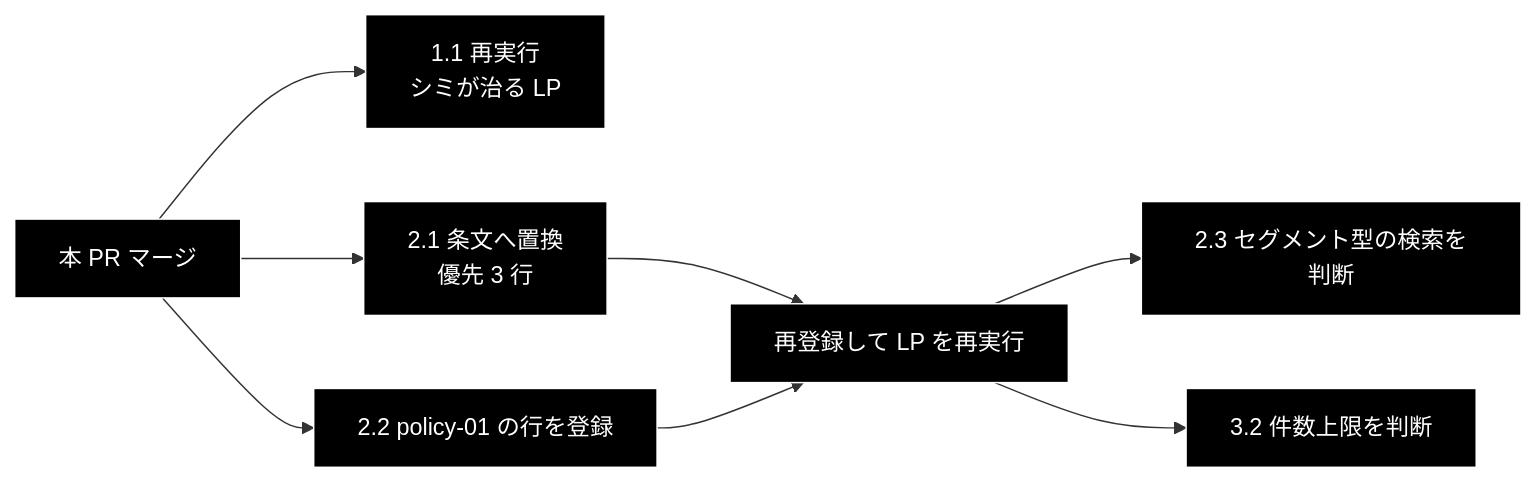
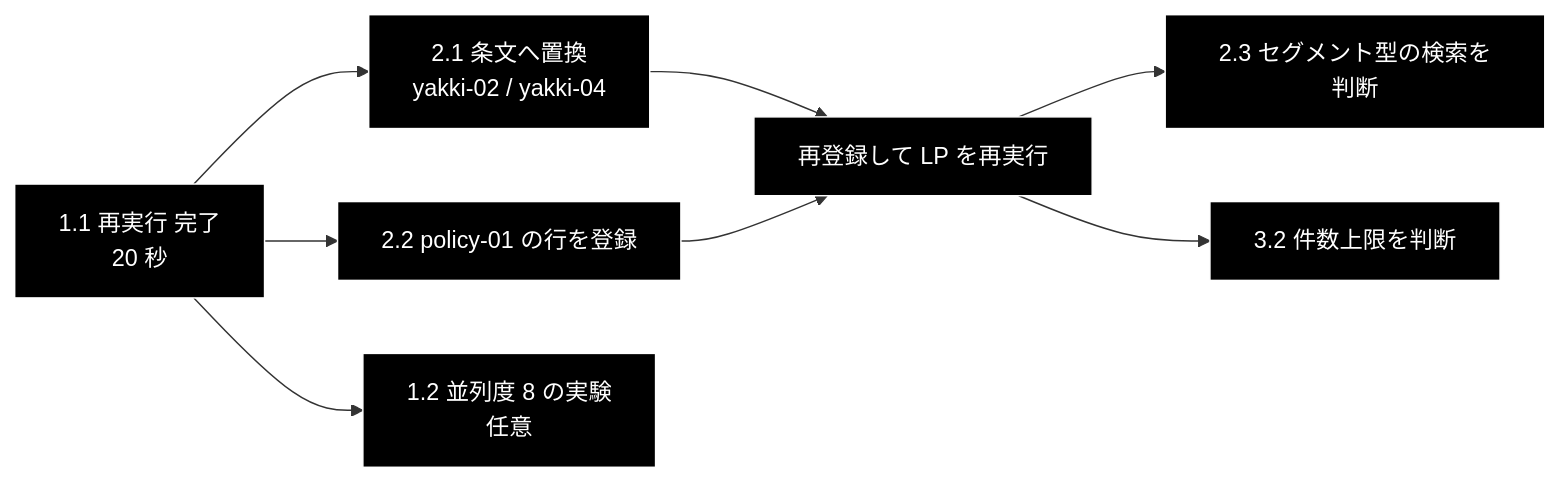
One commit to nakashima2toshio/grace_v2 changed the diagram in docs/review_rag_rules_todo.md. Above: the diagram before and after it, drawn with Mermaid. The commit also changed other lines of this file and 1 other file, not shown here.

````diff
--- a/docs/review_rag_rules_todo.md
+++ b/docs/review_rag_rules_todo.md
@@ -113,13 +120,13 @@
 ```mermaid
 flowchart LR
-    A["本 PR マージ"] --> B["1.1 再実行<br>シミが治る LP"]
-    A --> C["2.1 条文へ置換<br>優先 3 行"]
+    A["1.1 再実行 完了<br>20 秒"] --> C["2.1 条文へ置換<br>yakki-02 / yakki-04"]
     A --> D["2.2 policy-01 の行を登録"]
+    A --> B["1.2 並列度 8 の実験<br>任意"]
     C --> E["再登録して LP を再実行"]
     D --> E
     E --> F["2.3 セグメント型の検索を判断"]
     E --> G["3.2 件数上限を判断"]
 classDef default fill:#000,stroke:#fff,color:#fff
 classDef subgraphStyle fill:#1a1a1a,stroke:#fff,color:#fff
 class A,B,C,D,E,F,G default
 ```
````
